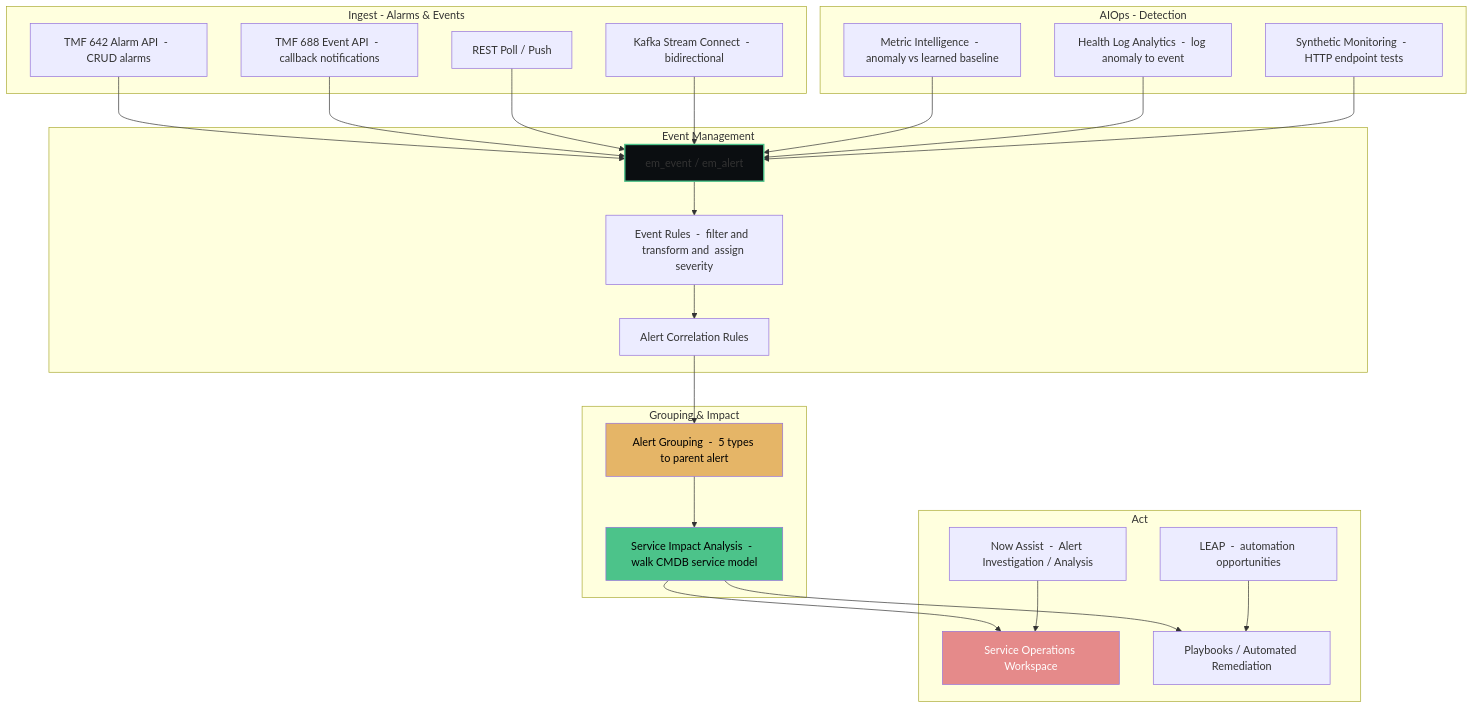
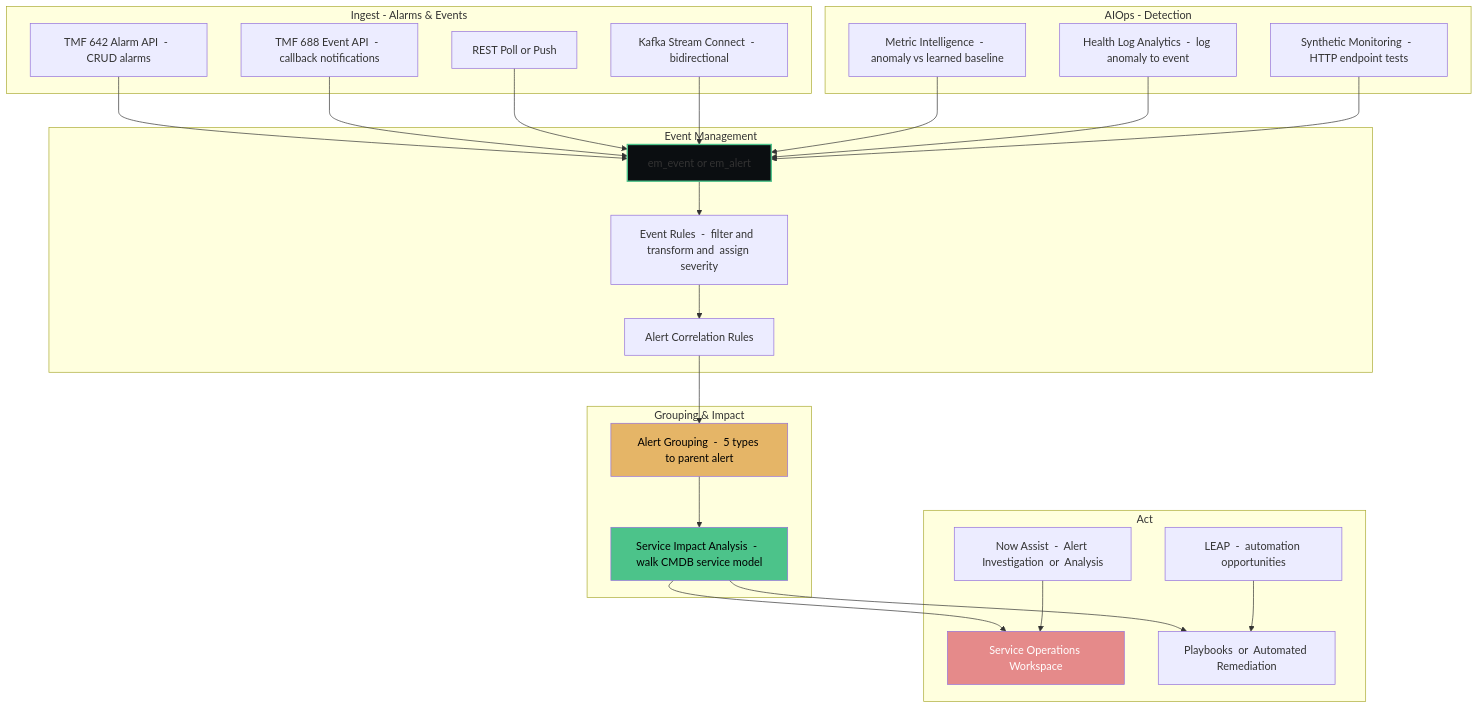
The fourth of 6 diagrams in docs/modules/tsom/tsom-guide.md (eltonaguiar/ServiceNow_Learning_TSOM-_CSM_FSM_SalesCRM_HAM_ITSM), drawn with Mermaid before and after one commit. The commit also changed other lines of this file and 19 other files, not shown here.

First line of the commit message:
Fix Mermaid diagram syntax errors - replace problematic chars in text content only

````diff
--- a/docs/modules/tsom/tsom-guide.md
+++ b/docs/modules/tsom/tsom-guide.md
@@ -1068,54 +1068,54 @@
 ```mermaid
 flowchart TD
     subgraph "Ingest  -  Alarms & Events"
         TMF642[TMF 642 Alarm API  -  CRUD alarms]
         TMF688[TMF 688 Event API  -  callback notifications]
-        REST[REST Poll / Push]
+        REST[REST Poll  or  Push]
         KAFKA[Kafka Stream Connect  -  bidirectional]
     end
 
     subgraph "Event Management"
-        EM[em_event / em_alert]
+        EM[em_event  or  em_alert]
         ER[Event Rules  -  filter and  transform and  assign severity]
         AC[Alert Correlation Rules]
     end
 
     subgraph "AIOps  -  Detection"
         MI[Metric Intelligence  -  anomaly vs learned baseline]
         HLA[Health Log Analytics  -  log anomaly to event]
         SM[Synthetic Monitoring  -  HTTP endpoint tests]
     end
 
     subgraph "Grouping & Impact"
         GRP[Alert Grouping  -  5 types to parent alert]
         SIA[Service Impact Analysis  -  walk CMDB service model]
     end
 
     subgraph "Act"
         SOW[Service Operations Workspace]
-        PLAY[Playbooks / Automated Remediation]
+        PLAY[Playbooks  or  Automated Remediation]
         LEAP[LEAP  -  automation opportunities]
-        NA[Now Assist  -  Alert Investigation / Analysis]
+        NA[Now Assist  -  Alert Investigation  or  Analysis]
     end
 
     TMF642 --> EM
     TMF688 --> EM
     REST --> EM
     KAFKA --> EM
     EM --> ER
     ER --> AC
     MI --> EM
     HLA --> EM
     SM --> EM
     AC --> GRP
     GRP --> SIA
     SIA --> SOW
     SIA --> PLAY
     LEAP --> PLAY
     NA --> SOW
 
     style EM fill:#0b0e11,stroke:#4cc38a,stroke-width:2px
     style GRP fill:#e5b567,color:#000
     style SIA fill:#4cc38a,color:#000
     style SOW fill:#e58a8a,color:#fff
 ```
````
